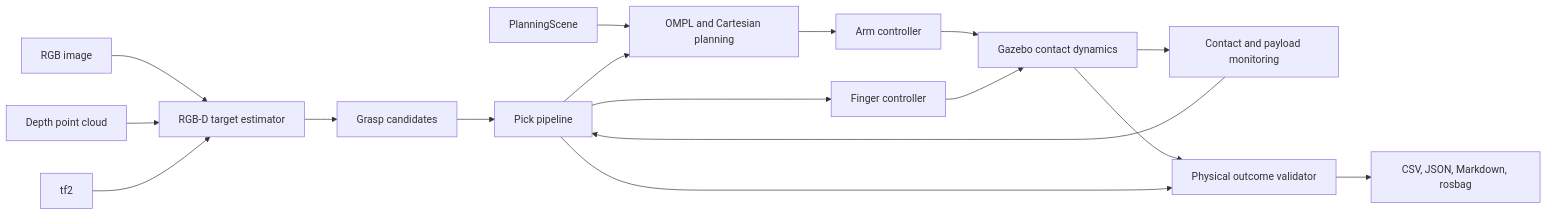
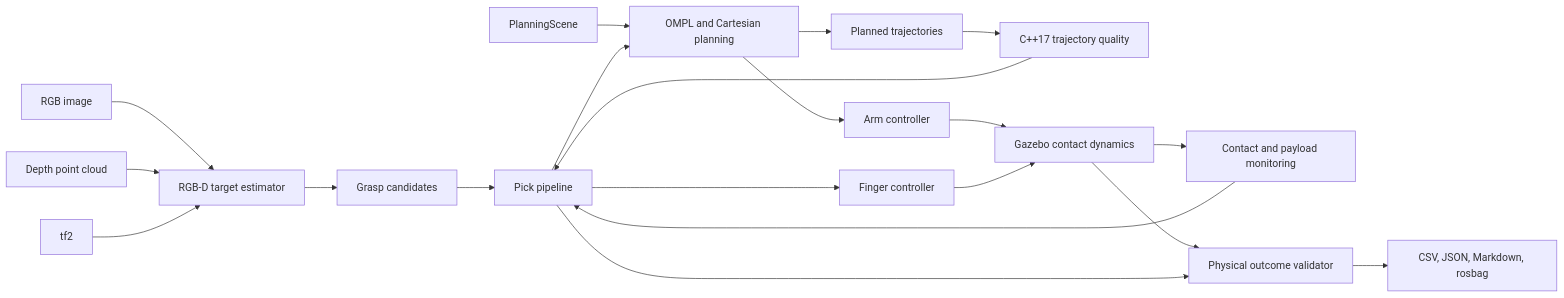
The diagram in README.md (0216Feng/panda-rgbd-manipulation), drawn with Mermaid before and after one commit. The commit also changed other lines of this file and 34 other files, not shown here.

Commit message:
feat: add C++ trajectory quality telemetry

````diff
--- a/README.md
+++ b/README.md
@@ -75,19 +77,22 @@
 ```mermaid
 flowchart LR
     RGB[RGB image] --> Perception[RGB-D target estimator]
     Depth[Depth point cloud] --> Perception
     TF[tf2] --> Perception
     Perception --> Grasp[Grasp candidates]
     Grasp --> Pipeline[Pick pipeline]
     Scene[PlanningScene] --> Planning[OMPL and Cartesian planning]
     Pipeline --> Planning
+    Planning --> DisplayPath[Planned trajectories]
+    DisplayPath --> Quality[C++17 trajectory quality]
+    Quality --> Pipeline
     Planning --> Arm[Arm controller]
     Pipeline --> Hand[Finger controller]
     Arm --> Gazebo[Gazebo contact dynamics]
     Hand --> Gazebo
     Gazebo --> Monitor[Contact and payload monitoring]
     Monitor --> Pipeline
     Gazebo --> Validator[Physical outcome validator]
     Pipeline --> Validator
     Validator --> Report[CSV, JSON, Markdown, rosbag]
 ```
````
